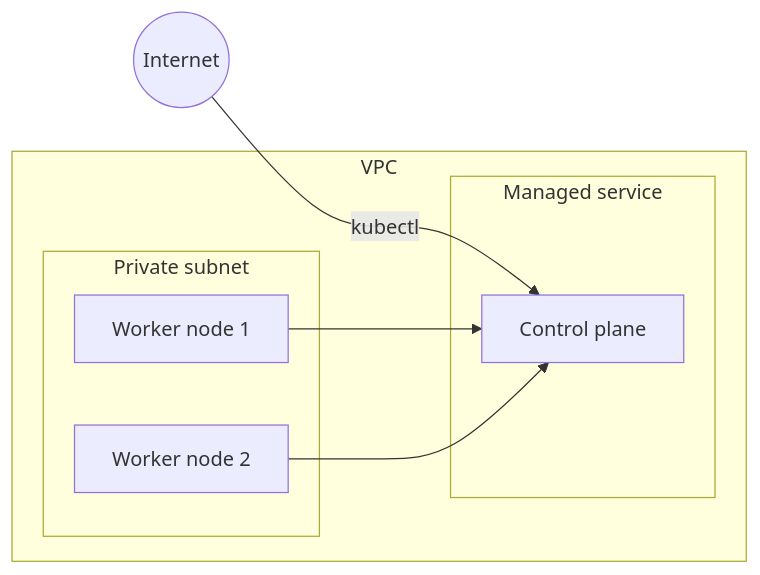
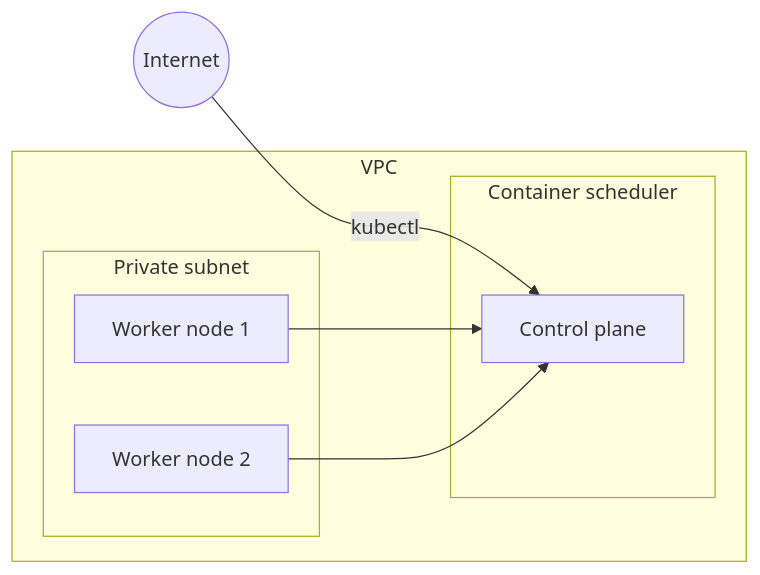
One commit to andykuszyk/andykuszyk.github.io changed the third of 7 diagrams in 2023-11-07-securing-environment-access.md. Above: the diagram before and after it, drawn with Mermaid. The commit also changed other lines of this file, not shown here.

````diff
--- a/2023-11-07-securing-environment-access.md
+++ b/2023-11-07-securing-environment-access.md
@@ -72,16 +71,16 @@
 ```mermaid
 flowchart LR
   subgraph vpc[VPC]
     subgraph private[Private subnet]
 	  ec21[Worker node 1]
 	  ec22[Worker node 2]
 	end
-	subgraph managed[Managed service]
+	subgraph managed[Container scheduler]
 	   ctrl[Control plane]
 	end
   end
   internet((Internet))
   internet-->|kubectl|ctrl
   ec21-->ctrl
   ec22-->ctrl
 ```
````
